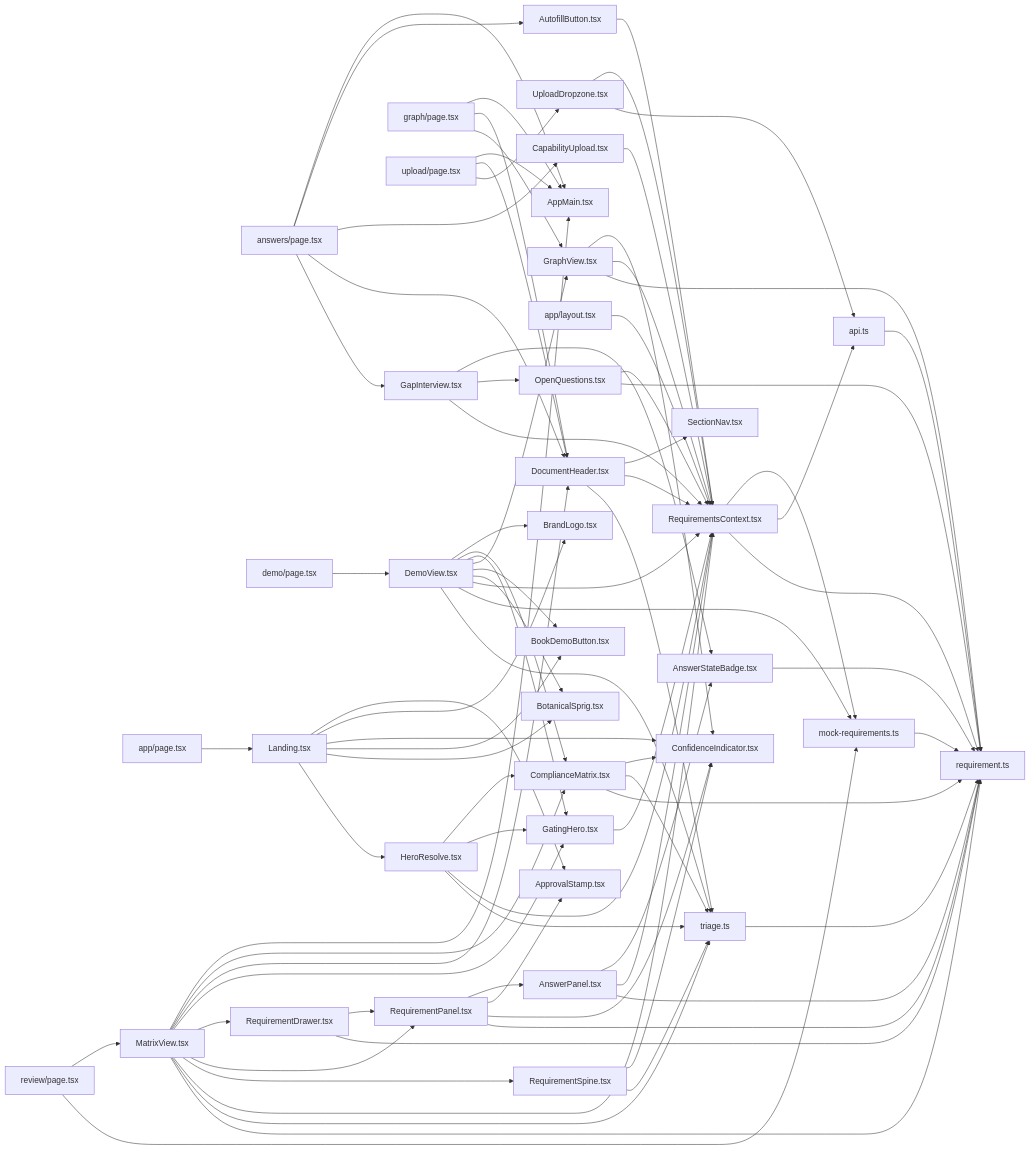
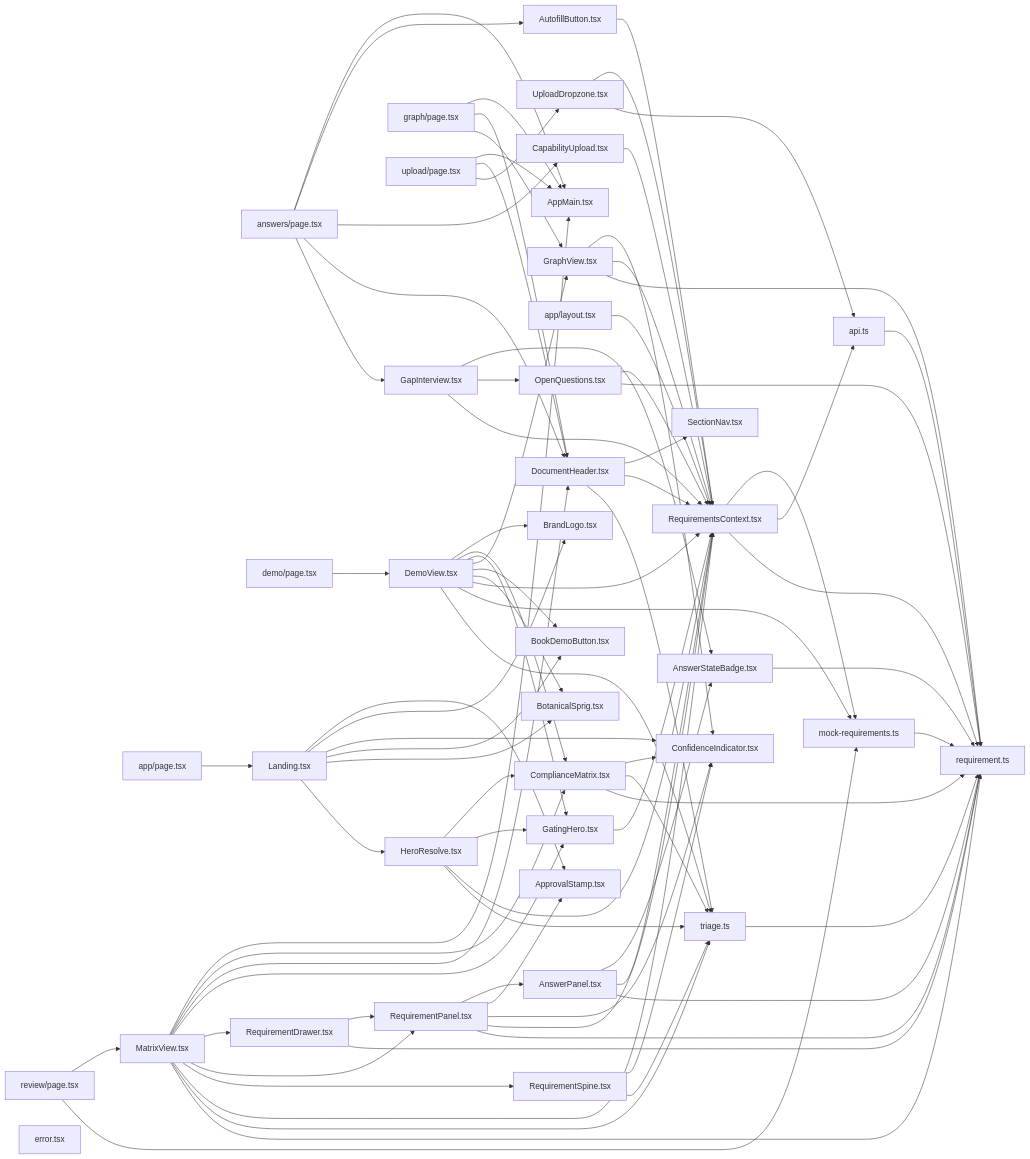
One commit to Welddevelopment/Bidframe changed the second of 3 diagrams in CODEMAP.md. Above: the diagram before and after it, drawn with Mermaid. The commit also changed other lines of this file and 1 other file, not shown here.

````diff
--- a/CODEMAP.md
+++ b/CODEMAP.md
@@ -103,6 +103,7 @@
   n32[RequirementPanel.tsx] --> n19[AnswerPanel.tsx]
   n32[RequirementPanel.tsx] --> n34[ApprovalStamp.tsx]
   n32[RequirementPanel.tsx] --> n23[ConfidenceIndicator.tsx]
+  n32[RequirementPanel.tsx] --> n11[RequirementsContext.tsx]
   n32[RequirementPanel.tsx] --> n21[requirement.ts]
   n33[RequirementSpine.tsx] --> n23[ConfidenceIndicator.tsx]
   n33[RequirementSpine.tsx] --> n24[triage.ts]
@@ -124,4 +125,5 @@
   n16[mock-requirements.ts] --> n21[requirement.ts]
   n35[api.ts] --> n21[requirement.ts]
   n24[triage.ts] --> n21[requirement.ts]
+  n37[error.tsx]
 ```
````
